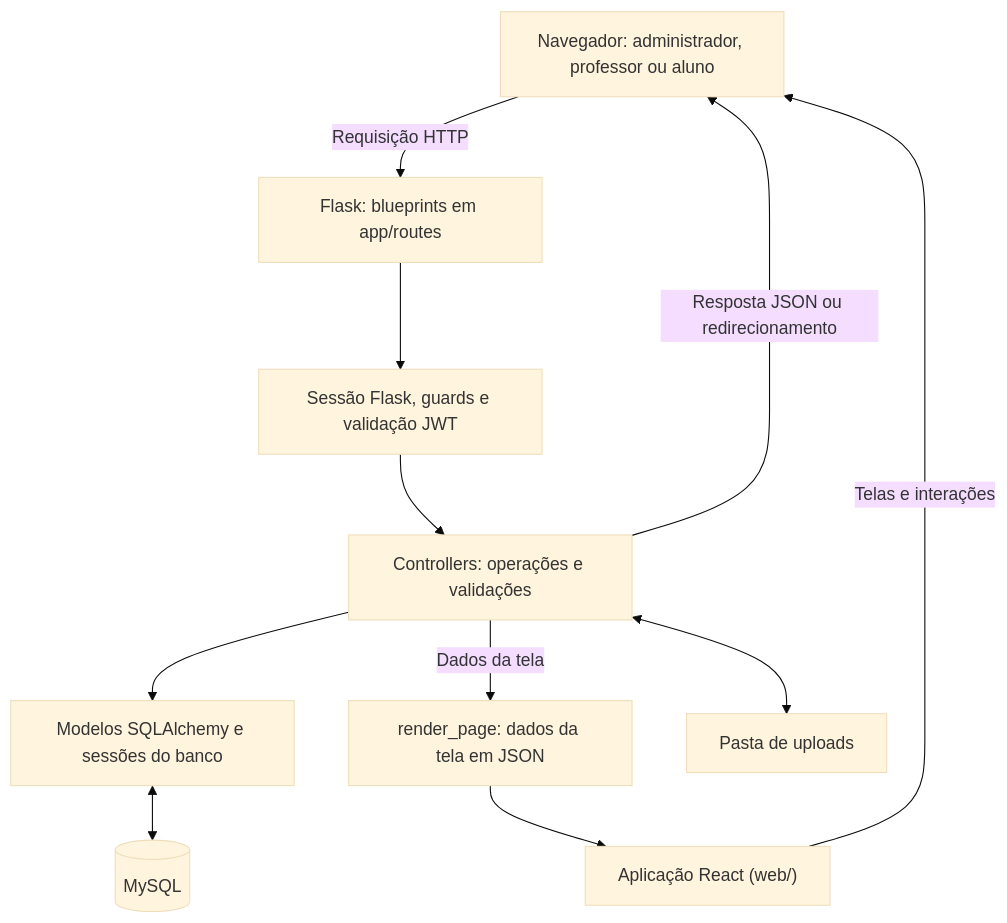
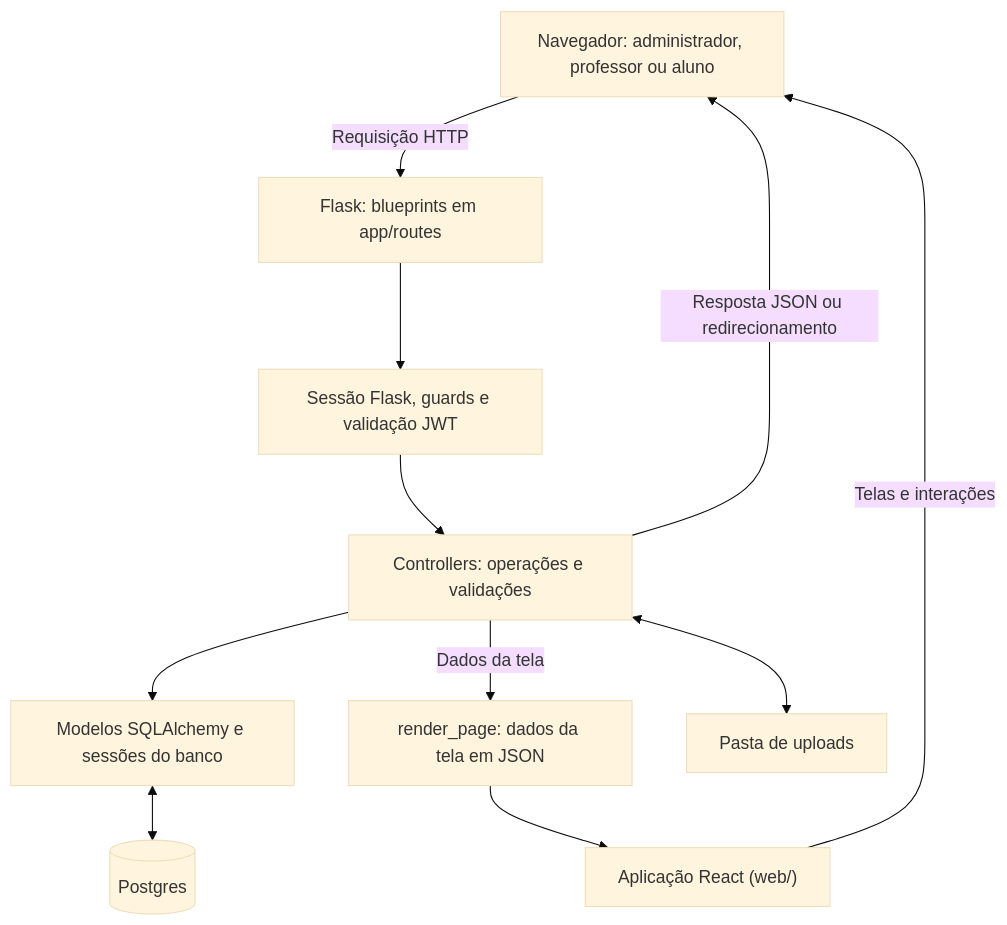
One commit to Samucau1/Projeto-Educa-Fast changed the first of 3 diagrams in README.md. Above: the diagram before and after it, drawn with Mermaid (base theme). The commit also changed other lines of this file and 6 other files, not shown here.

````diff
--- a/README.md
+++ b/README.md
@@ -60,23 +60,23 @@
 ```mermaid
 flowchart TD
     Navegador["Navegador: administrador, professor ou aluno"]
     Rotas["Flask: blueprints em app/routes"]
     Acesso["Sessão Flask, guards e validação JWT"]
     Controllers["Controllers: operações e validações"]
     Modelos["Modelos SQLAlchemy e sessões do banco"]
-    Banco[(MySQL)]
+    Banco[(Postgres)]
     Spa["render_page: dados da tela em JSON"]
     Interface["Aplicação React (web/)"]
     Arquivos["Pasta de uploads"]
 
     Navegador -->|Requisição HTTP| Rotas
     Rotas --> Acesso
     Acesso --> Controllers
     Controllers --> Modelos
     Modelos <--> Banco
     Controllers -->|Dados da tela| Spa
     Spa --> Interface
     Interface -->|Telas e interações| Navegador
     Controllers -->|Resposta JSON ou redirecionamento| Navegador
     Controllers <--> Arquivos
 ```
````
